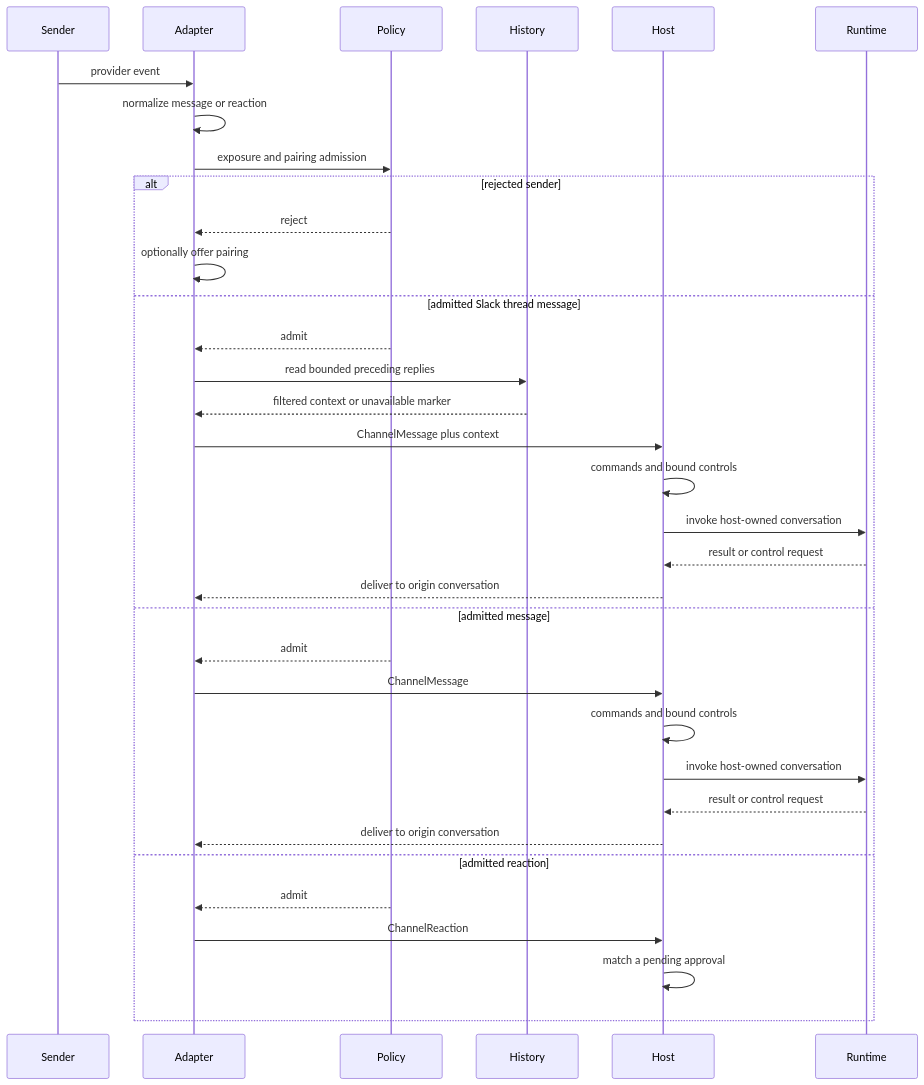
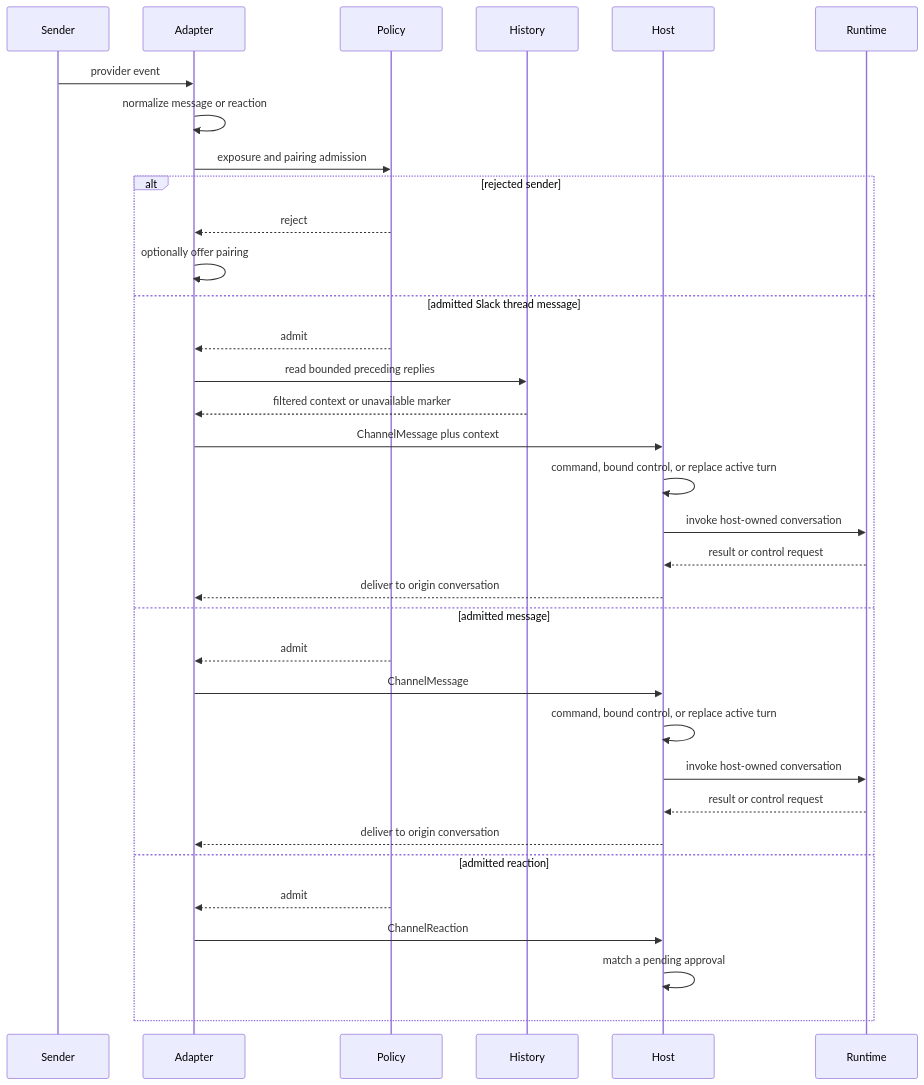
The diagram in openwiki/concepts/talon-channel-admission.md (langchain-ai/deepagents), drawn with Mermaid before and after one commit. The commit also changed other lines of this file and 34 other files, not shown here.

````diff
--- a/openwiki/concepts/talon-channel-admission.md
+++ b/openwiki/concepts/talon-channel-admission.md
@@ -63,37 +63,37 @@
 ```mermaid
 sequenceDiagram
     participant Sender
     participant Adapter
     participant Policy
     participant History
     participant Host
     participant Runtime
 
     Sender->>Adapter: provider event
     Adapter->>Adapter: normalize message or reaction
     Adapter->>Policy: exposure and pairing admission
     alt rejected sender
         Policy-->>Adapter: reject
         Adapter->>Adapter: optionally offer pairing
     else admitted Slack thread message
         Policy-->>Adapter: admit
         Adapter->>History: read bounded preceding replies
         History-->>Adapter: filtered context or unavailable marker
         Adapter->>Host: ChannelMessage plus context
-        Host->>Host: commands and bound controls
+        Host->>Host: command, bound control, or replace active turn
         Host->>Runtime: invoke host-owned conversation
         Runtime-->>Host: result or control request
         Host-->>Adapter: deliver to origin conversation
     else admitted message
         Policy-->>Adapter: admit
         Adapter->>Host: ChannelMessage
-        Host->>Host: commands and bound controls
+        Host->>Host: command, bound control, or replace active turn
         Host->>Runtime: invoke host-owned conversation
         Runtime-->>Host: result or control request
         Host-->>Adapter: deliver to origin conversation
     else admitted reaction
         Policy-->>Adapter: admit
         Adapter->>Host: ChannelReaction
         Host->>Host: match a pending approval
     end
 ```
````
